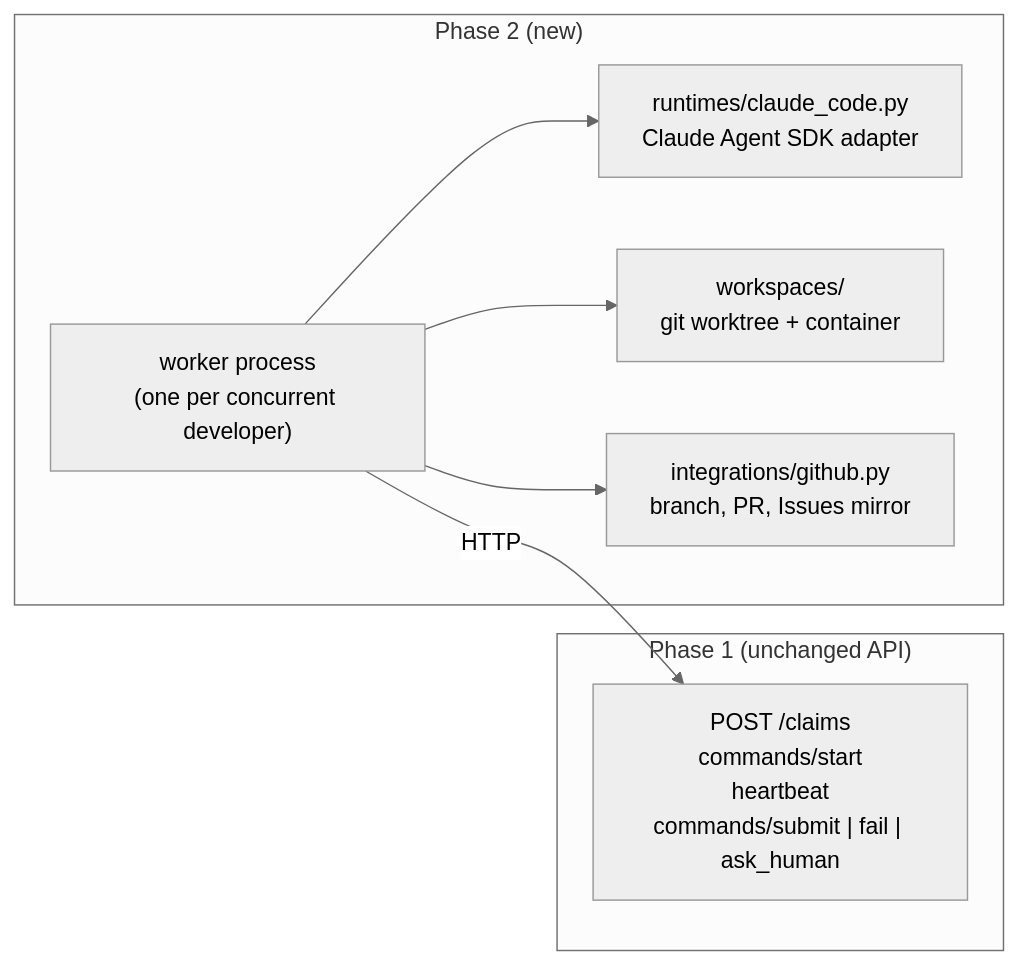
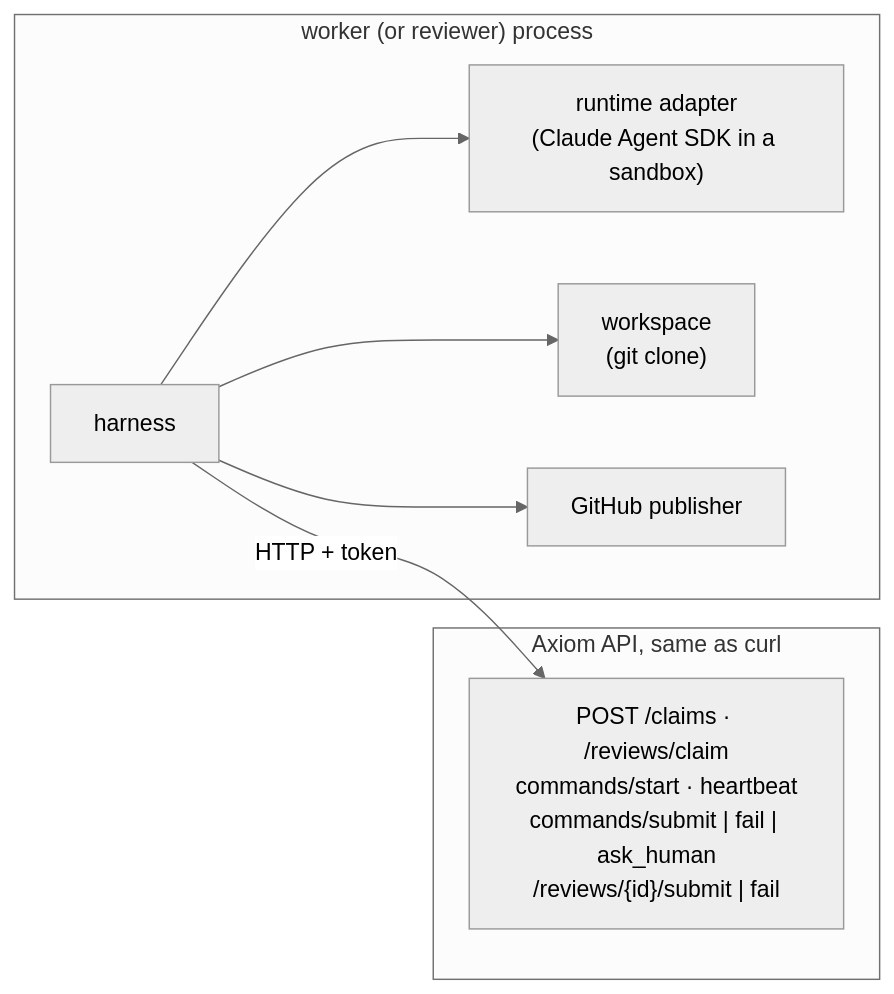
Before and after one commit to bharathcmbox/axiom: the fourth of 4 diagrams in docs/guide/10-code-tour.md, drawn with Mermaid (neutral theme). The commit also changed other lines of this file and 18 other files, not shown here.

````diff
--- a/docs/guide/10-code-tour.md
+++ b/docs/guide/10-code-tour.md
@@ -123,16 +153,16 @@
 ```mermaid
 flowchart LR
-    subgraph new["Phase 2 (new)"]
-        w["worker process<br/>(one per concurrent developer)"]
-        ad["runtimes/claude_code.py<br/>Claude Agent SDK adapter"]
-        ws["workspaces/<br/>git worktree + container"]
-        gh["integrations/github.py<br/>branch, PR, Issues mirror"]
+    subgraph w["worker (or reviewer) process"]
+        h["harness"]
+        ad["runtime adapter<br/>(Claude Agent SDK in a sandbox)"]
+        ws["workspace<br/>(git clone)"]
+        gh["GitHub publisher"]
     end
-    subgraph existing["Phase 1 (unchanged API)"]
-        api["POST /claims<br/>commands/start<br/>heartbeat<br/>commands/submit | fail | ask_human"]
+    subgraph api["Axiom API, same as curl"]
+        e["POST /claims · /reviews/claim<br/>commands/start · heartbeat<br/>commands/submit | fail | ask_human<br/>/reviews/{id}/submit | fail"]
     end
-    w -->|HTTP| api
-    w --> ad
-    w --> ws
-    w --> gh
+    h -->|HTTP + token| e
+    h --> ad
+    h --> ws
+    h --> gh
 ```
````
